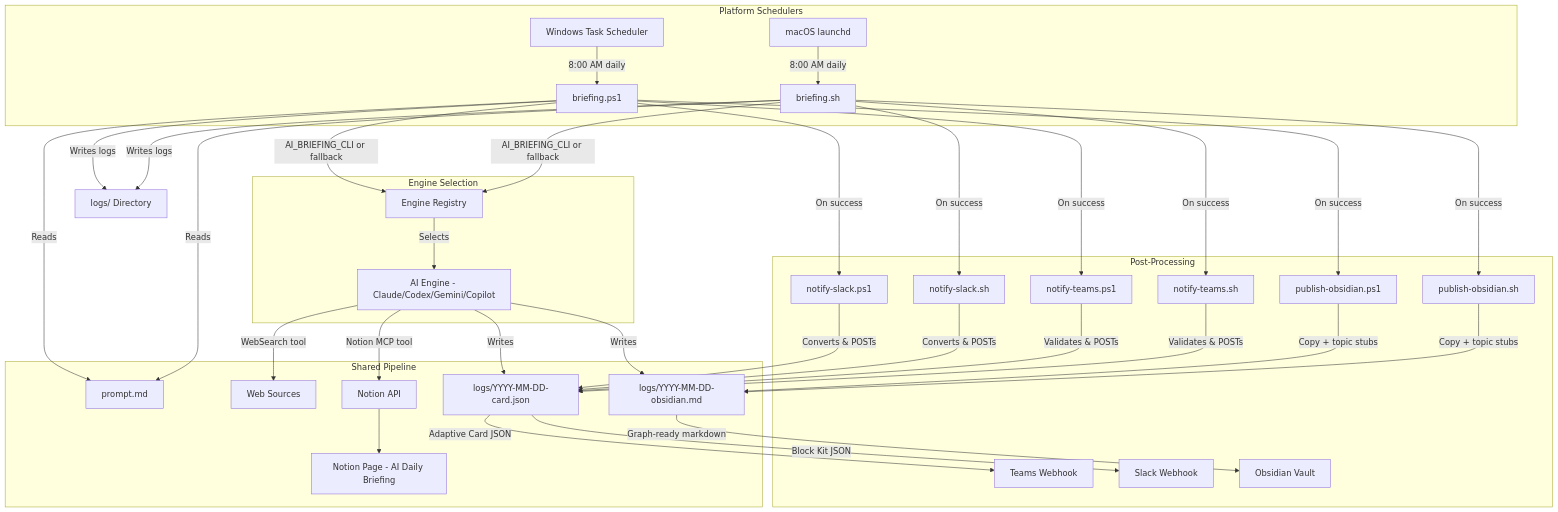
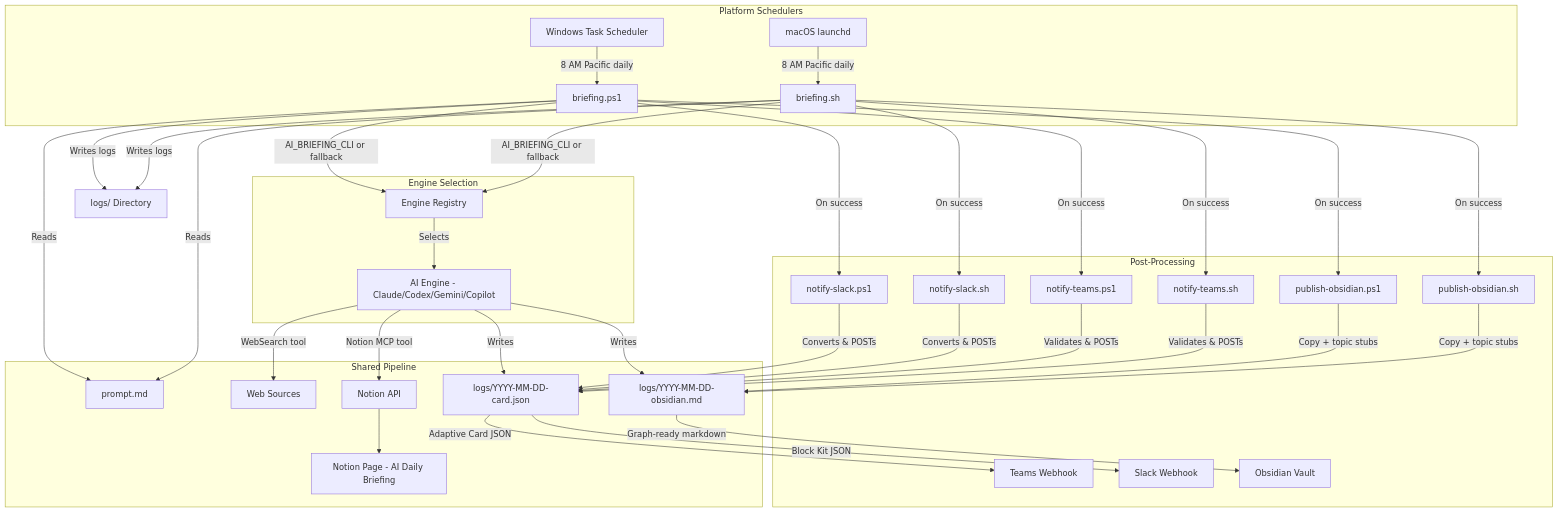
The first of 26 diagrams in ARCHITECTURE.md (hoangsonww/AI-News-Briefing), drawn with Mermaid before and after one commit. The commit also changed other lines of this file and 6 other files, not shown here.

First line of the commit message:
feat(briefing): timezone parity on Windows + AI_BRIEFING_TZ docs and macOS setter

````diff
--- a/ARCHITECTURE.md
+++ b/ARCHITECTURE.md
@@ -82,44 +82,44 @@
 ```mermaid
 graph TD
     subgraph "Platform Schedulers"
-        A1[macOS launchd] -->|8:00 AM daily| B1[briefing.sh]
-        A2[Windows Task Scheduler] -->|8:00 AM daily| B2[briefing.ps1]
+        A1[macOS launchd] -->|8 AM Pacific daily| B1[briefing.sh]
+        A2[Windows Task Scheduler] -->|8 AM Pacific daily| B2[briefing.ps1]
     end
 
     subgraph "Engine Selection"
         B1 -->|AI_BRIEFING_CLI or fallback| ES[Engine Registry]
         B2 -->|AI_BRIEFING_CLI or fallback| ES
         ES -->|Selects| D[AI Engine - Claude/Codex/Gemini/Copilot]
     end
 
     subgraph "Shared Pipeline"
         B1 -->|Reads| P[prompt.md]
         B2 -->|Reads| P
         D -->|WebSearch tool| E[Web Sources]
         D -->|Notion MCP tool| F[Notion API]
         F --> G[Notion Page - AI Daily Briefing]
         D -->|Writes| CJ["logs/YYYY-MM-DD-card.json"]
         D -->|Writes| OJ["logs/YYYY-MM-DD-obsidian.md"]
     end
 
     subgraph "Post-Processing"
         B1 -->|On success| T1[notify-teams.sh]
         B2 -->|On success| T2[notify-teams.ps1]
         T1 -->|Validates & POSTs| CJ
         T2 -->|Validates & POSTs| CJ
         CJ -->|Adaptive Card JSON| TW[Teams Webhook]
         B1 -->|On success| S1[notify-slack.sh]
         B2 -->|On success| S2[notify-slack.ps1]
         S1 -->|Converts & POSTs| CJ
         S2 -->|Converts & POSTs| CJ
         CJ -->|Block Kit JSON| SW[Slack Webhook]
         B1 -->|On success| OB1[publish-obsidian.sh]
         B2 -->|On success| OB2[publish-obsidian.ps1]
         OB1 -->|Copy + topic stubs| OJ
         OB2 -->|Copy + topic stubs| OJ
         OJ -->|Graph-ready markdown| OBV["Obsidian Vault"]
     end
 
     B1 -->|Writes logs| H[logs/ Directory]
     B2 -->|Writes logs| H
 ```
````
